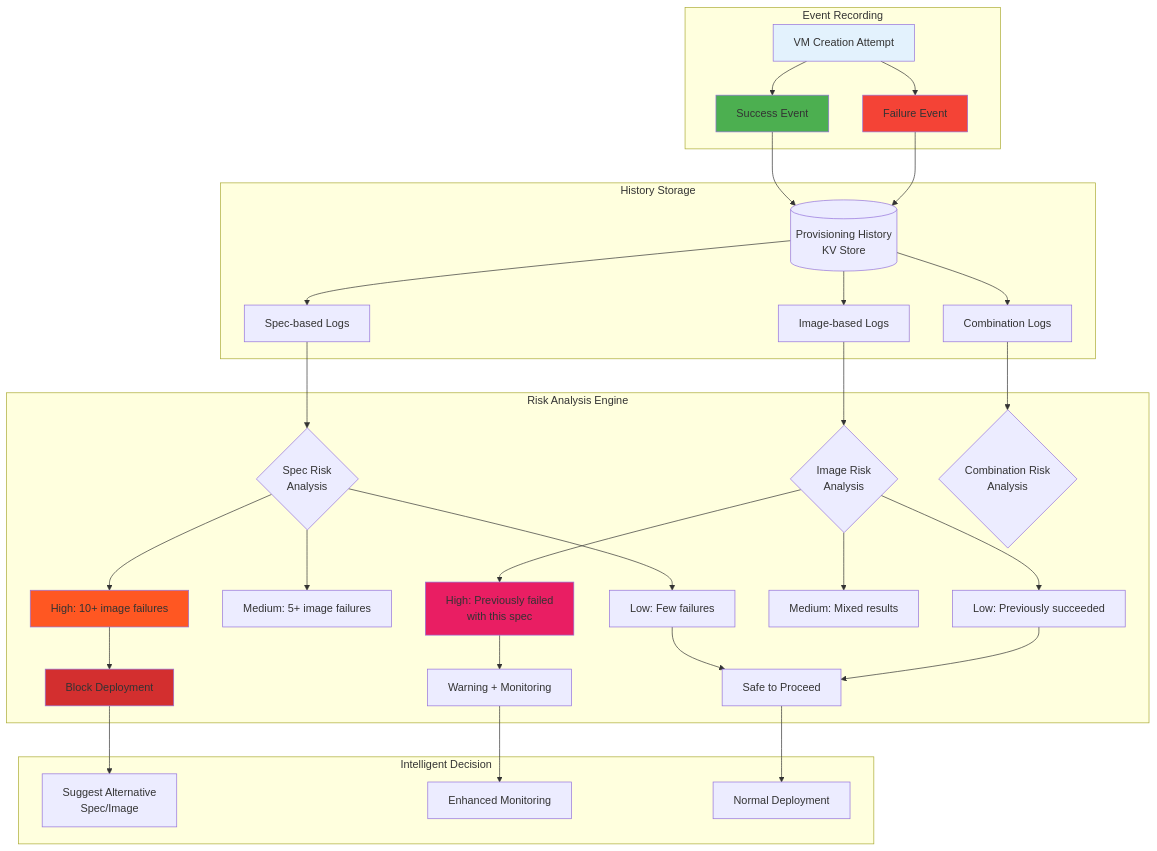
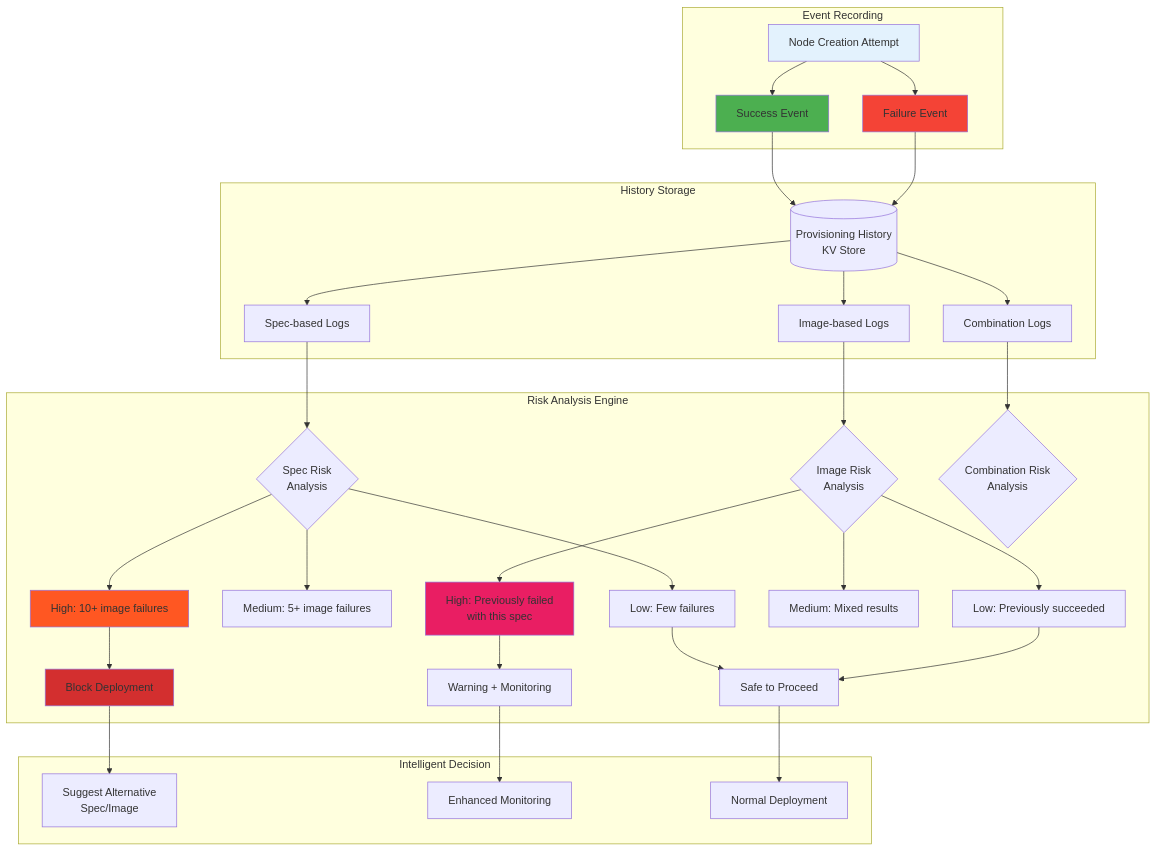
The sixth of 9 diagrams in docs/feature_guide/high-scale-provisioning-architecture.md (cloud-barista/cb-tumblebug), drawn with Mermaid before and after one commit. The commit also changed other lines of this file and 81 other files, not shown here.

````diff
--- a/docs/feature_guide/high-scale-provisioning-architecture.md
+++ b/docs/feature_guide/high-scale-provisioning-architecture.md
@@ -259,52 +259,52 @@
 ```mermaid
 flowchart TD
     subgraph "Event Recording"
-        VM_CREATE[VM Creation Attempt]
+        VM_CREATE[Node Creation Attempt]
         SUCCESS[Success Event]
         FAILURE[Failure Event]
         
         VM_CREATE --> SUCCESS
         VM_CREATE --> FAILURE
     end
     
     subgraph "History Storage"
         SUCCESS --> HIST_DB[(Provisioning History<br/>KV Store)]
         FAILURE --> HIST_DB
         
         HIST_DB --> SPEC_LOG[Spec-based Logs]
         HIST_DB --> IMAGE_LOG[Image-based Logs]
         HIST_DB --> COMBO_LOG[Combination Logs]
     end
     
     subgraph "Risk Analysis Engine"
         SPEC_LOG --> SPEC_RISK{Spec Risk<br/>Analysis}
         IMAGE_LOG --> IMAGE_RISK{Image Risk<br/>Analysis}
         COMBO_LOG --> COMBO_RISK{Combination Risk<br/>Analysis}
         
         SPEC_RISK --> HIGH_SPEC[High: 10+ image failures]
         SPEC_RISK --> MED_SPEC[Medium: 5+ image failures]
         SPEC_RISK --> LOW_SPEC[Low: Few failures]
         
         IMAGE_RISK --> HIGH_IMAGE[High: Previously failed<br/>with this spec]
         IMAGE_RISK --> MED_IMAGE[Medium: Mixed results]
         IMAGE_RISK --> LOW_IMAGE[Low: Previously succeeded]
         
         HIGH_SPEC --> BLOCK[Block Deployment]
         HIGH_IMAGE --> WARN[Warning + Monitoring]
         LOW_SPEC --> PROCEED[Safe to Proceed]
         LOW_IMAGE --> PROCEED
     end
     
     subgraph "Intelligent Decision"
         BLOCK --> ALTERNATIVE[Suggest Alternative<br/>Spec/Image]
         WARN --> MONITOR[Enhanced Monitoring]
         PROCEED --> NORMAL[Normal Deployment]
     end
     
     style VM_CREATE fill:#e3f2fd
     style FAILURE fill:#f44336
     style SUCCESS fill:#4caf50
     style HIGH_SPEC fill:#ff5722
     style HIGH_IMAGE fill:#e91e63
     style BLOCK fill:#d32f2f
 ```
````
